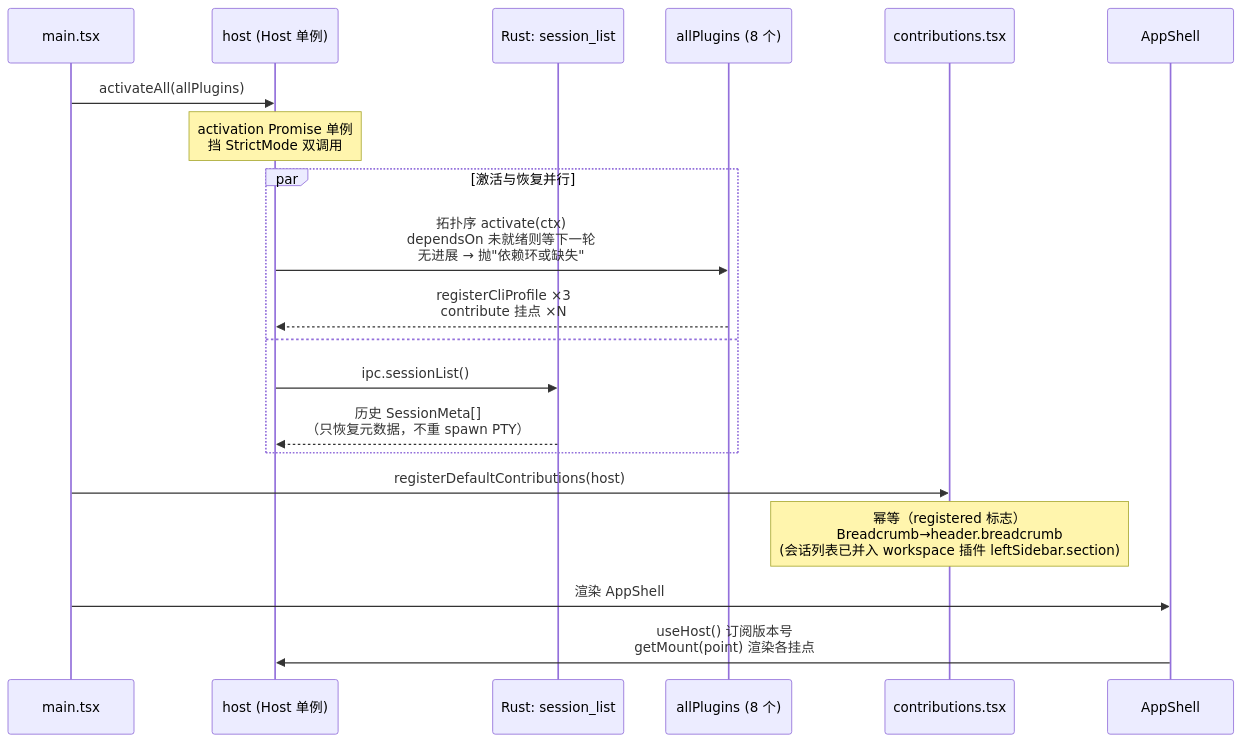
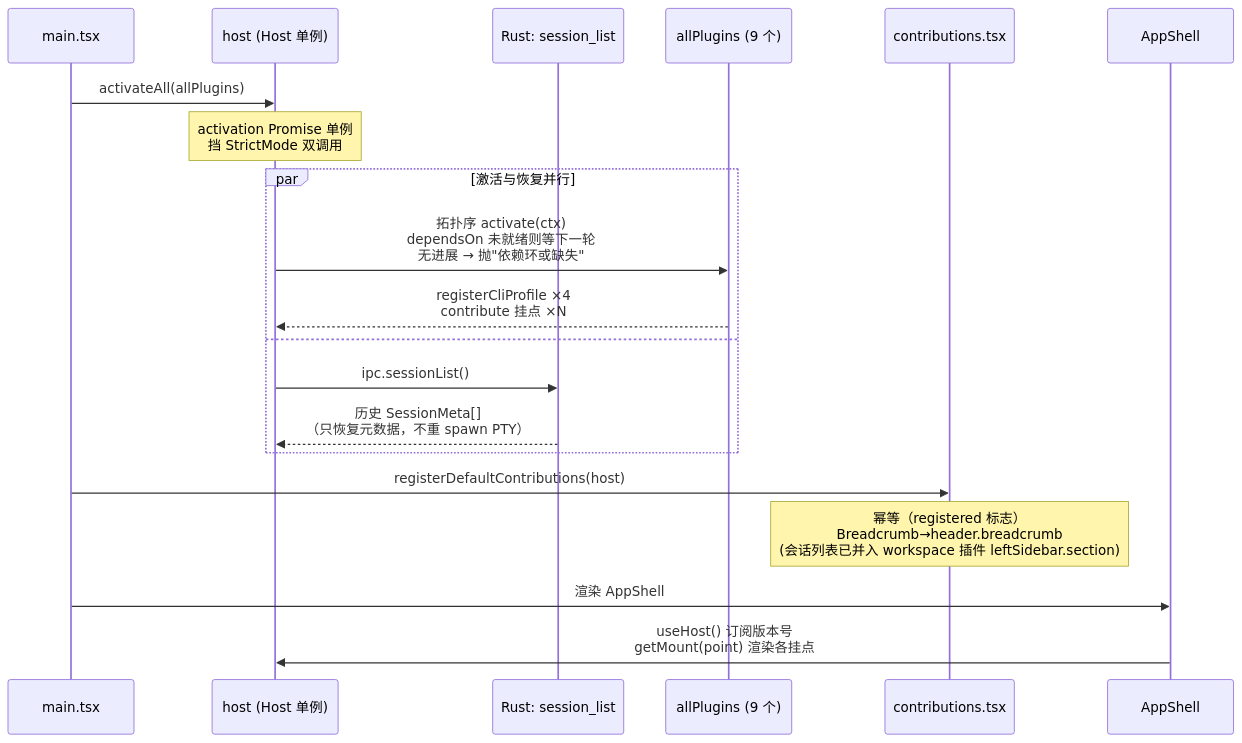
Before and after one commit to chenxiangning/tmd-cli: the second of 8 diagrams in docs/architecture/02-code-architecture.md, drawn with Mermaid. The commit also changed other lines of this file and 56 other files, not shown here.

````diff
--- a/docs/architecture/02-code-architecture.md
+++ b/docs/architecture/02-code-architecture.md
@@ -86,23 +95,23 @@
 ```mermaid
 sequenceDiagram
     participant M as main.tsx
     participant H as host (Host 单例)
     participant R as Rust: session_list
-    participant P as allPlugins (8 个)
+    participant P as allPlugins (9 个)
     participant C as contributions.tsx
     participant A as AppShell
 
     M->>H: activateAll(allPlugins)
     Note over H: activation Promise 单例<br/>挡 StrictMode 双调用
     par 激活与恢复并行
         H->>P: 拓扑序 activate(ctx)<br/>dependsOn 未就绪则等下一轮<br/>无进展 → 抛"依赖环或缺失"
-        P-->>H: registerCliProfile ×3<br/>contribute 挂点 ×N
+        P-->>H: registerCliProfile ×4<br/>contribute 挂点 ×N
     and
         H->>R: ipc.sessionList()
         R-->>H: 历史 SessionMeta[]<br/>（只恢复元数据，不重 spawn PTY）
     end
     M->>C: registerDefaultContributions(host)
     Note over C: 幂等（registered 标志）<br/>Breadcrumb→header.breadcrumb<br/>(会话列表已并入 workspace 插件 leftSidebar.section)
     M->>A: 渲染 AppShell
     A->>H: useHost() 订阅版本号<br/>getMount(point) 渲染各挂点
 ```
````
